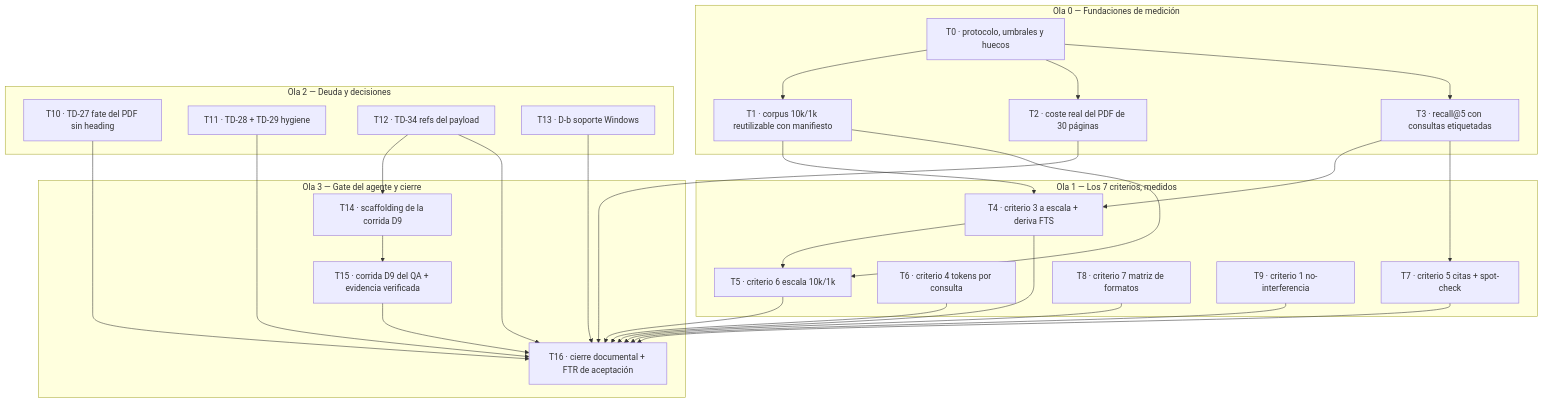
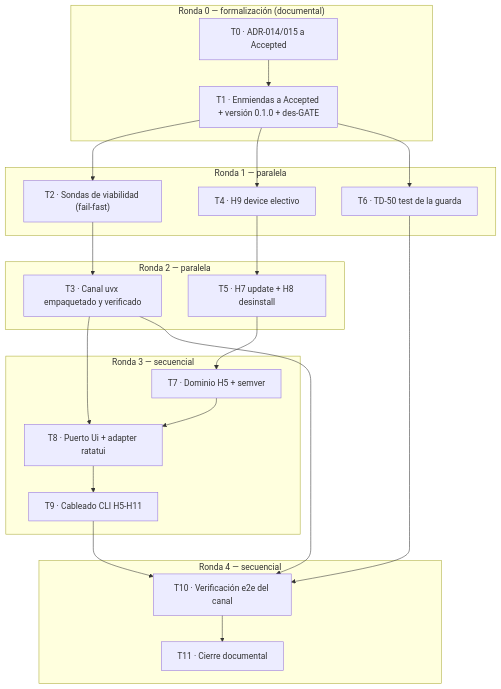
The diagram in tasks/plan.md (Fisherk2/tepochcalli-opencode), drawn with Mermaid before and after one commit. The commit also changed other lines of this file and 1 other file, not shown here.

First line of the commit message:
docs: planifica Phase 6.5 del wizard con destino H5-H11

````diff
--- a/tasks/plan.md
+++ b/tasks/plan.md
@@ -80,51 +68,44 @@
 ```mermaid
 graph TB
-    subgraph W0["Ola 0 — Fundaciones de medición"]
-        T0["T0 · protocolo, umbrales y huecos"]
-        T1["T1 · corpus 10k/1k reutilizable con manifiesto"]
-        T2["T2 · coste real del PDF de 30 páginas"]
-        T3["T3 · recall@5 con consultas etiquetadas"]
+    subgraph R0["Ronda 0 — formalización (documental)"]
+        T0["T0 · ADR-014/015 a Accepted"]
+        T1["T1 · Enmiendas a Accepted + versión 0.1.0 + des-GATE"]
     end
-    subgraph W1["Ola 1 — Los 7 criterios, medidos"]
-        T4["T4 · criterio 3 a escala + deriva FTS"]
-        T5["T5 · criterio 6 escala 10k/1k"]
-        T6["T6 · criterio 4 tokens por consulta"]
-        T7["T7 · criterio 5 citas + spot-check"]
-        T8["T8 · criterio 7 matriz de formatos"]
-        T9["T9 · criterio 1 no-interferencia"]
+
+    subgraph R1["Ronda 1 — paralela"]
+        T2["T2 · Sondas de viabilidad (fail-fast)"]
+        T4["T4 · H9 device electivo"]
+        T6["T6 · TD-50 test de la guarda"]
     end
-    subgraph W2["Ola 2 — Deuda y decisiones"]
-        T10["T10 · TD-27 fate del PDF sin heading"]
-        T11["T11 · TD-28 + TD-29 hygiene"]
-        T12["T12 · TD-34 refs del payload"]
-        T13["T13 · D-b soporte Windows"]
+
+    subgraph R2["Ronda 2 — paralela"]
+        T3["T3 · Canal uvx empaquetado y verificado"]
+        T5["T5 · H7 update + H8 desinstall"]
     end
-    subgraph W3["Ola 3 — Gate del agente y cierre"]
-        T14["T14 · scaffolding de la corrida D9"]
-        T15["T15 · corrida D9 del QA + evidencia verificada"]
-        T16["T16 · cierre documental + FTR de aceptación"]
+
+    subgraph R3["Ronda 3 — secuencial"]
+        T7["T7 · Dominio H5 + semver"]
+        T8["T8 · Puerto Ui + adapter ratatui"]
+        T9["T9 · Cableado CLI H5-H11"]
+    end
+
+    subgraph R4["Ronda 4 — secuencial"]
+        T10["T10 · Verificación e2e del canal"]
+        T11["T11 · Cierre documental"]
     end
 
     T0 --> T1
-    T0 --> T2
-    T0 --> T3
+    T1 --> T2
     T1 --> T4
-    T1 --> T5
-    T3 --> T4
-    T3 --> T7
+    T1 --> T6
+    T2 --> T3
     T4 --> T5
-    T12 --> T14
-    T14 --> T15
-    T15 --> T16
-    T4 --> T16
-    T5 --> T16
-    T6 --> T16
-    T7 --> T16
-    T8 --> T16
-    T9 --> T16
-    T10 --> T16
-    T11 --> T16
-    T12 --> T16
-    T13 --> T16
-    T2 --> T16
+    T3 --> T8
+    T5 --> T7
+    T7 --> T8
+    T8 --> T9
+    T9 --> T10
+    T6 --> T10
+    T3 --> T10
+    T10 --> T11
 ```
````
